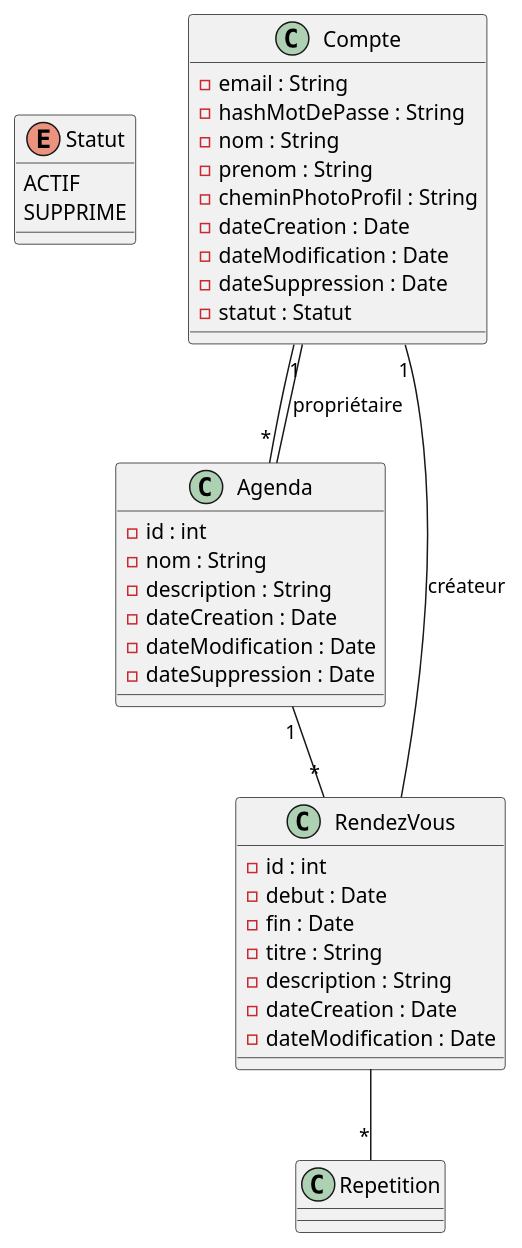
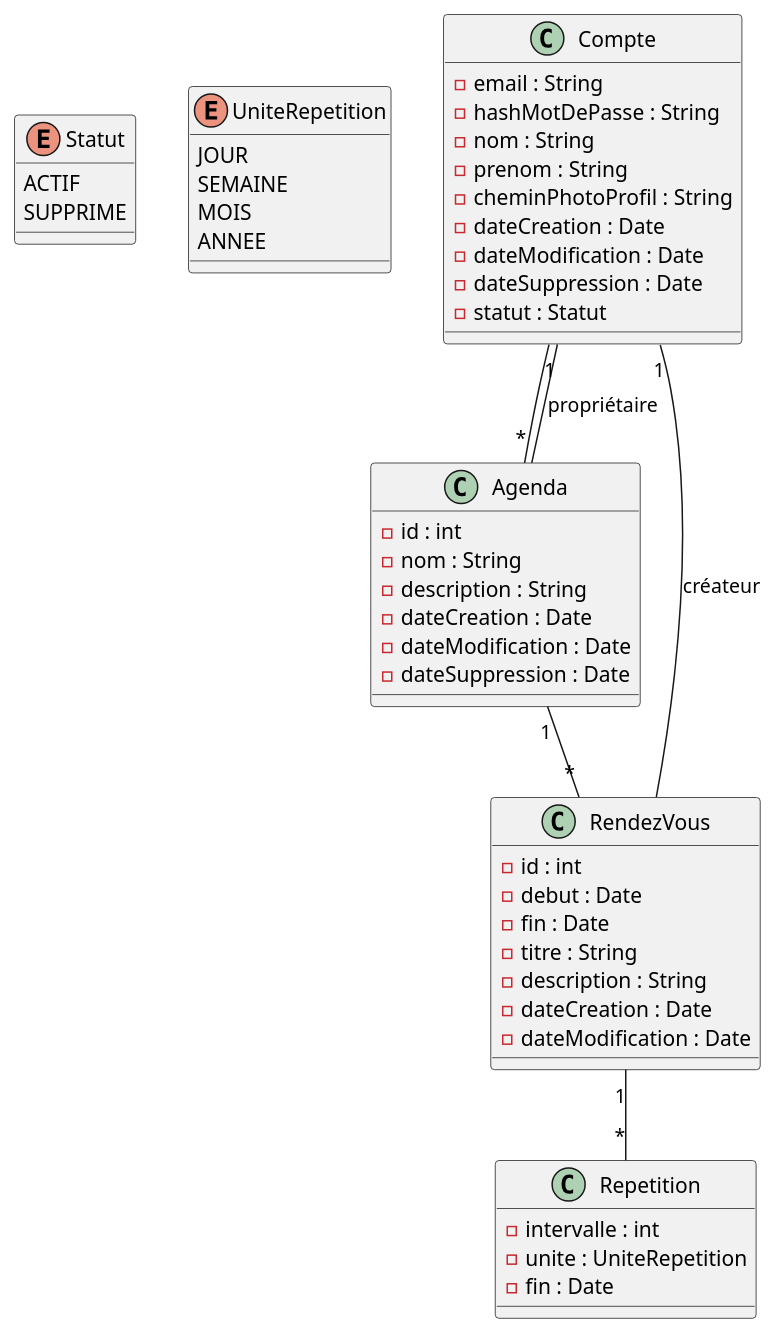
One commit to lmtb06/Schedulo changed the diagram in documentation/diagrammes/all.puml. Above: the diagram before and after it, drawn with PlantUML.

Commit message:
Ajout de l'énumération UniteRepetition et mise à jour de la classe Repetition pour inclure des attributs d'intervalle et de date de fin

```diff
--- a/documentation/diagrammes/all.puml
+++ b/documentation/diagrammes/all.puml
@@ -1,49 +1,58 @@
 @startuml
 enum Statut {
     ACTIF
     SUPPRIME
+}
+
+enum UniteRepetition {
+    JOUR
+    SEMAINE
+    MOIS
+    ANNEE
 }
 
 class Compte {
     - email : String
     - hashMotDePasse : String
     - nom : String
     - prenom : String
     - cheminPhotoProfil : String
     - dateCreation : Date
     - dateModification : Date
     - dateSuppression : Date
     - statut : Statut
 }
 
 class Agenda {
     - id : int
     - nom : String
     - description : String
     - dateCreation : Date
     - dateModification : Date
     - dateSuppression : Date
 }
 
 Compte --"*" Agenda
 Agenda --"1" Compte : propriétaire
 
 class RendezVous {
     - id : int
     - debut : Date
     - fin : Date
     - titre : String
     - description : String
     - dateCreation : Date
     - dateModification : Date
 }
 
 Agenda "1"--"*" RendezVous
 RendezVous --"1" Compte : créateur
 
 class Repetition {
-    
+    - intervalle : int 
+    - unite : UniteRepetition
+    - fin : Date
 }
 
-RendezVous --"*" Repetition
+RendezVous "1"--"*" Repetition
 @enduml
```
